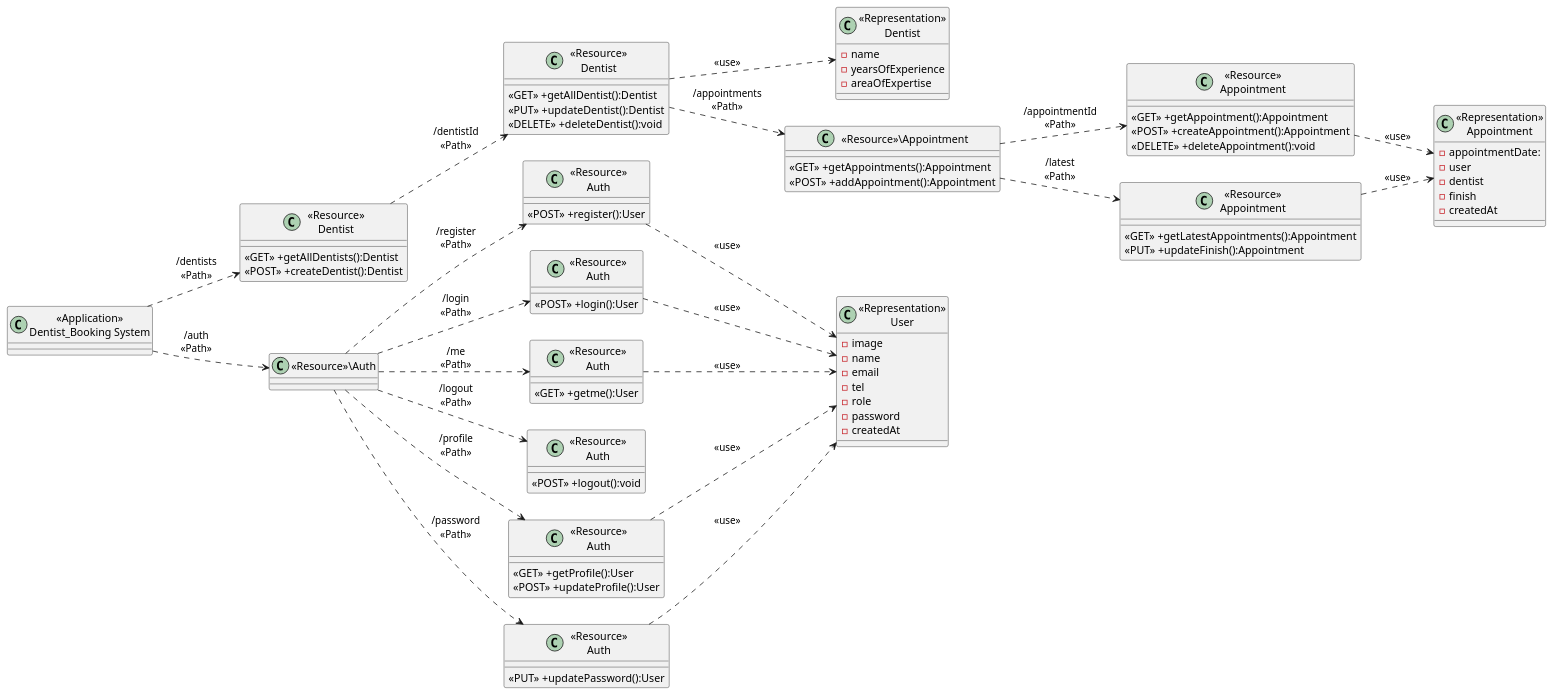
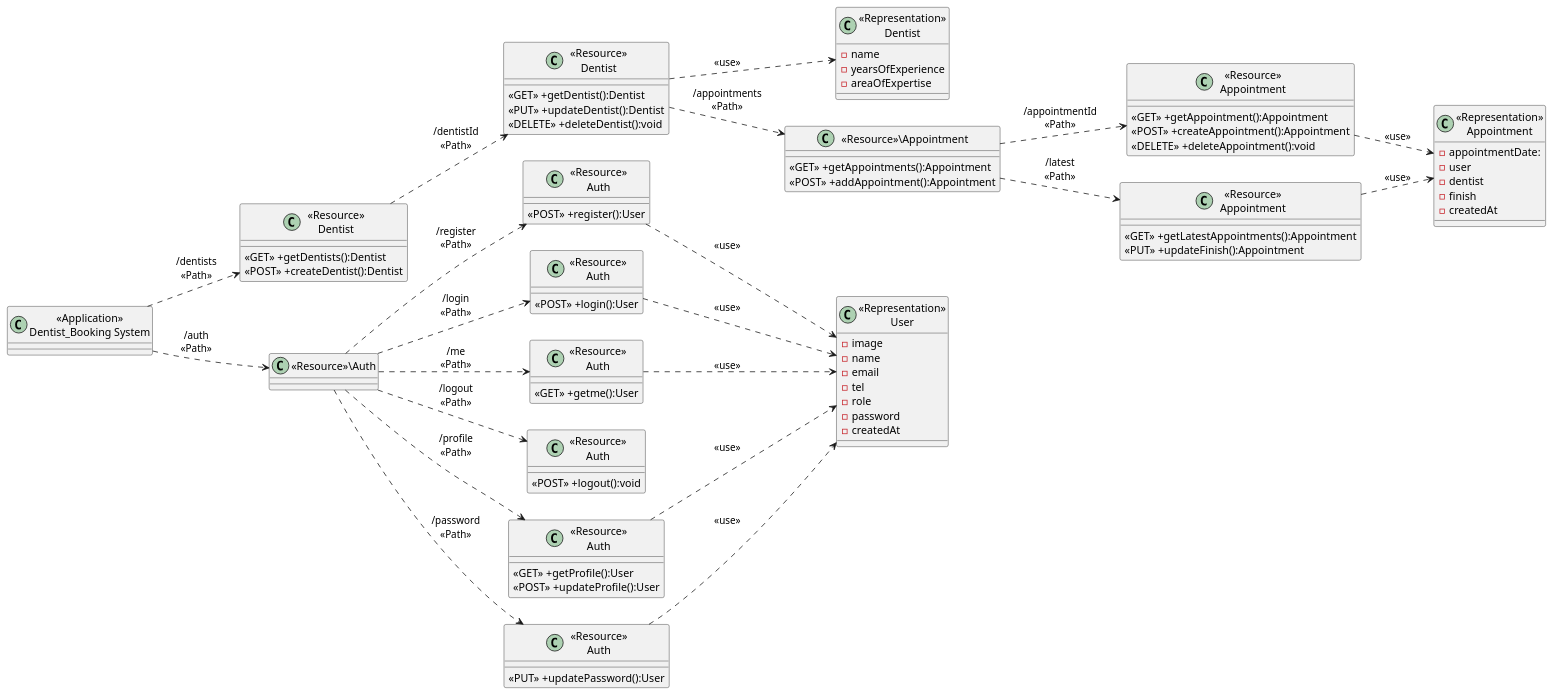
The diagram in Class Diagram.puml (Alknot1122/BEProject_Dentist_Booking), drawn with PlantUML before and after one commit.

```diff
--- a/Class Diagram.puml
+++ b/Class Diagram.puml
@@ -1,110 +1,110 @@
 @startuml
 
 left to right direction
 class "<<Application>>\nDentist_Booking System" as DBS
 
 'Dentist
 class "<<Resource>>\nDentist" as DT {
-    <<GET>> +getAllDentists():Dentist
+    <<GET>> +getDentists():Dentist
     <<POST>> +createDentist():Dentist
 }
 
 class "<<Resource>>\nDentist" as DTid {
-    <<GET>> +getAllDentist():Dentist
+    <<GET>> +getDentist():Dentist
     <<PUT>> +updateDentist():Dentist
     <<DELETE>> +deleteDentist():void
 }
 
 class "<<Representation>>\nDentist" as DTRep {
     - name
     - yearsOfExperience
     - areaOfExpertise
 }
 
 'Appointment updateFinish, getAppointment, addAppointment, updateAppointment, deleteAppointment, getLatestAppointments
 class "<<Resource>>\Appointment" as AP {
     <<GET>> +getAppointments():Appointment
     <<POST>> +addAppointment():Appointment
 }
 
 class "<<Resource>>\nAppointment" as APid {
     <<GET>> +getAppointment():Appointment
     <<POST>> +createAppointment():Appointment
     <<DELETE>> +deleteAppointment():void
 }
 
 class "<<Resource>>\nAppointment" as APL {
     <<GET>> +getLatestAppointments():Appointment
     <<PUT>> +updateFinish():Appointment
 }
 
 class "<<Representation>>\nAppointment" as APRep {
     - appointmentDate:
     - user
     - dentist
     - finish
     - createdAt
 }
 
 'Auth register, login, getMe,logout, updateProfile,getProfile,updatePassWord
 class "<<Resource>>\Auth" as AU
 
 class "<<Resource>>\nAuth" as AURegister {
     <<POST>> +register():User
 }
 
 class "<<Resource>>\nAuth" as AULogin {
     <<POST>> +login():User
 }
 
 class "<<Resource>>\nAuth" as AUMe {
     <<GET>> +getme():User
 }
 
 class "<<Resource>>\nAuth" as AULogout {
     <<POST>> +logout():void
 }
 
 class "<<Resource>>\nAuth" as AUProfile{
     <<GET>> +getProfile():User
     <<POST>> +updateProfile():User
 }
 
 class "<<Resource>>\nAuth" as AUPassword {
     <<PUT>> +updatePassword():User
 }
 
 class "<<Representation>>\nUser" as AURep {
     - image
     - name
     - email
     - tel
     - role
     - password
     - createdAt
 }
 
 DBS ..> DT : "/dentists\n<<Path>>"
 DT ..> DTid : "/dentistId\n<<Path>>"
 DTid ..> DTRep : "<<use>>"
 
 DTid ..> AP : "/appointments\n<<Path>>"
 AP ..> APid : "/appointmentId\n<<Path>>"
 AP ..> APL : "/latest\n<<Path>>"
 APid ..> APRep : "<<use>>"
 APL ..> APRep : "<<use>>"
 
 DBS ..> AU : "/auth\n<<Path>>"
 AU ..> AURegister : "/register\n<<Path>>"
 AU ..> AULogin : "/login\n<<Path>>"
 AU ..> AUMe : "/me\n<<Path>>"
 AU ..> AULogout : "/logout\n<<Path>>"
 AU ..> AUProfile : "/profile\n<<Path>>"
 AU ..> AUPassword : "/password\n<<Path>>"
 
 AURegister ..> AURep : "<<use>>"
 AULogin ..> AURep : "<<use>>"
 AUMe ..> AURep : "<<use>>"
 AUProfile ..> AURep : "<<use>>"
 AUPassword ..> AURep : "<<use>>"
 @enduml
```
